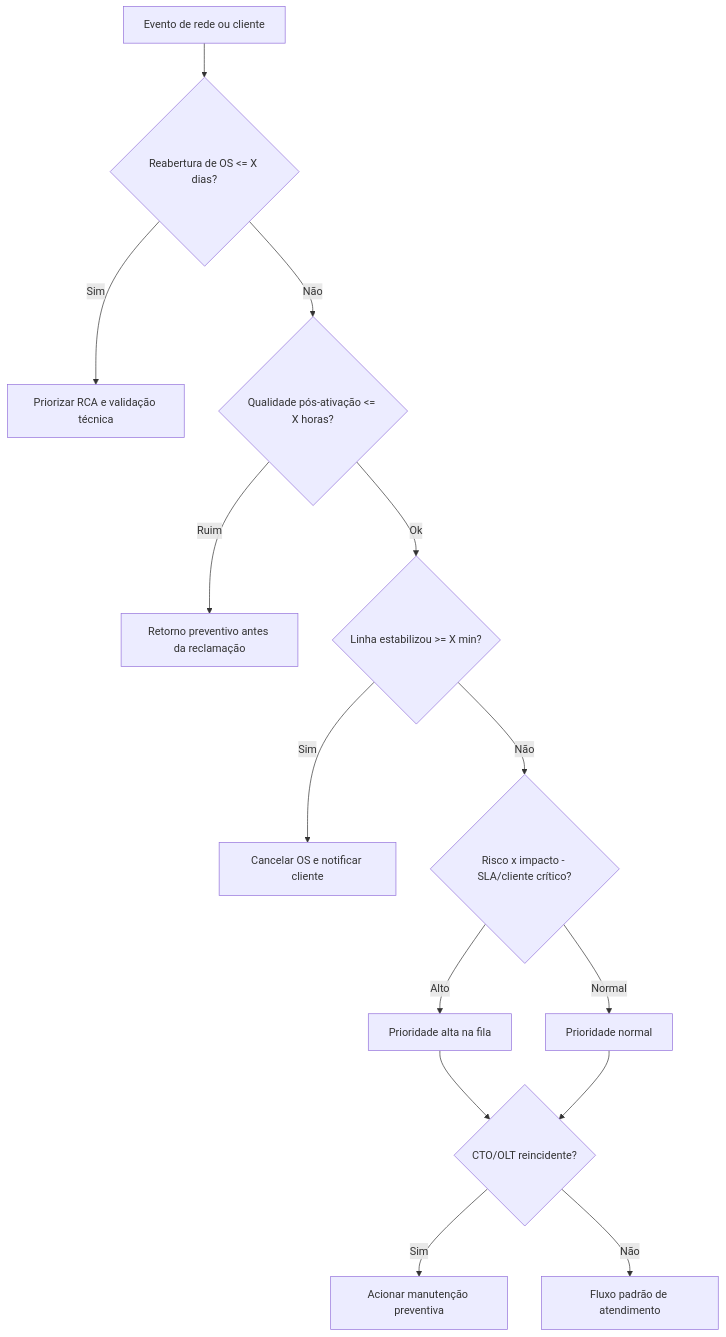
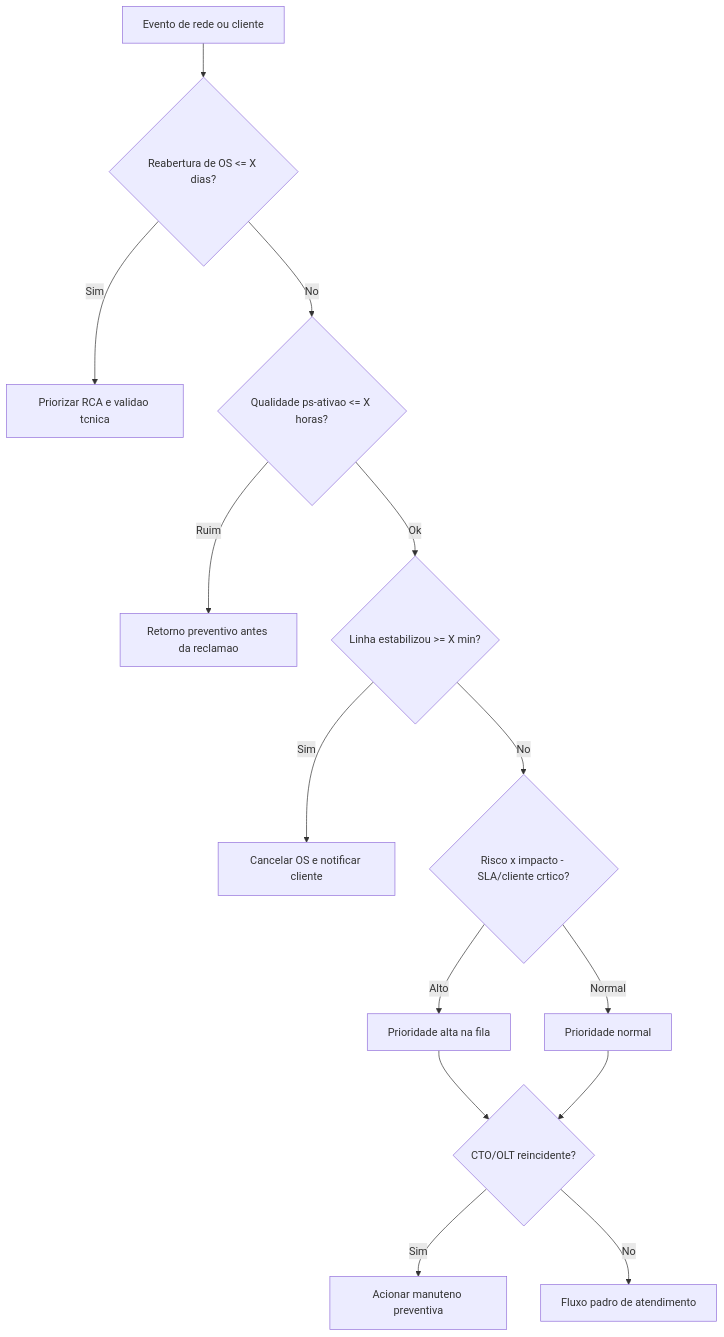
Before and after one commit to murylomarques/AI_Network_Guardian: the third of 5 diagrams in README.md, drawn with Mermaid. The commit also changed other lines of this file, not shown here.

````diff
--- a/README.md
+++ b/README.md
@@ -173,16 +173,16 @@
 ```mermaid
 flowchart TD
   A[Evento de rede ou cliente] --> B{Reabertura de OS <= X dias?}
-  B -->|Sim| B1[Priorizar RCA e validação técnica]
-  B -->|Não| C{Qualidade pós-ativação <= X horas?}
-  C -->|Ruim| C1[Retorno preventivo antes da reclamação]
+  B -->|Sim| B1[Priorizar RCA e validao tcnica]
+  B -->|No| C{Qualidade ps-ativao <= X horas?}
+  C -->|Ruim| C1[Retorno preventivo antes da reclamao]
   C -->|Ok| D{Linha estabilizou >= X min?}
   D -->|Sim| D1[Cancelar OS e notificar cliente]
-  D -->|Não| E{Risco x impacto - SLA/cliente crítico?}
+  D -->|No| E{Risco x impacto - SLA/cliente crtico?}
   E -->|Alto| E1[Prioridade alta na fila]
   E -->|Normal| E2[Prioridade normal]
   E1 --> F{CTO/OLT reincidente?}
   E2 --> F
-  F -->|Sim| F1[Acionar manutenção preventiva]
-  F -->|Não| G[Fluxo padrão de atendimento]
+  F -->|Sim| F1[Acionar manuteno preventiva]
+  F -->|No| G[Fluxo padro de atendimento]
 ```
````
